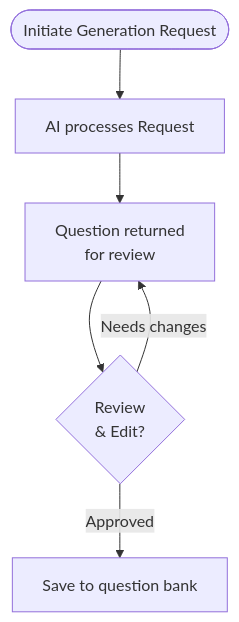
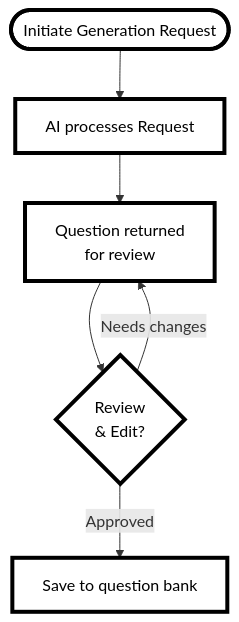
One commit to EduAI-Lab/Question-Maker changed the diagram in docs/diagrams/question-generation-diagram.md. Above: the diagram before and after it, drawn with Mermaid. The commit also changed 3 other files, not shown here.

````diff
--- a/docs/diagrams/question-generation-diagram.md
+++ b/docs/diagrams/question-generation-diagram.md
@@ -1,14 +1,17 @@
 ```mermaid
-flowchart TB
+flowchart TD
     Start([Initiate Generation Request]) --> 
     
     AIProcessing[AI processes Request]
     
     AIProcessing --> Review[Question returned<br/>for review]
     
     Review --> Edit{Review<br/>& Edit?}
     
     Edit -->|Needs changes| Review
     Edit -->|Approved| Save[Save to question bank]
-
+    
+    %% Styling - Black/White only with thick lines
+    classDef default fill:#ffffff,stroke:#000000,stroke-width:4px,color:#000000
+    classDef database fill:#f5f5f5,stroke:#000000,stroke-width:4px,color:#000000
 ```
````
